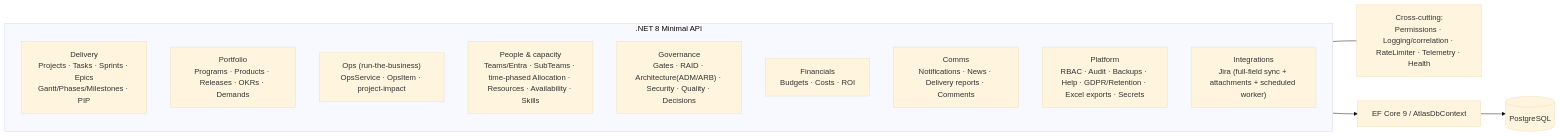
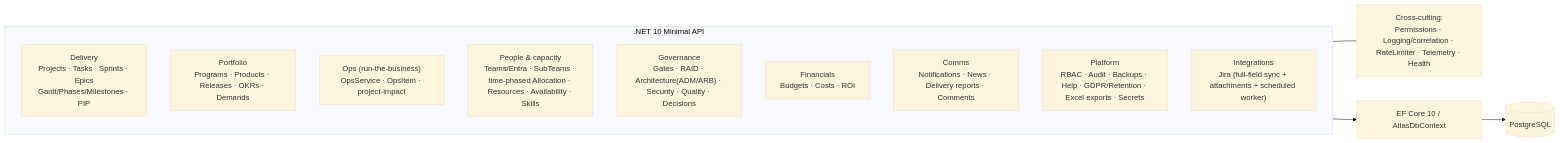
One commit to nicpozent/ATLASPPM_AdditionalFeatures changed the third of 8 diagrams in docs/architecture/hld.md. Above: the diagram before and after it, drawn with Mermaid (base theme). The commit also changed other lines of this file and 13 other files, not shown here.

````diff
--- a/docs/architecture/hld.md
+++ b/docs/architecture/hld.md
@@ -101,18 +101,18 @@
 ```mermaid
 flowchart LR
-  subgraph API[".NET 8 Minimal API"]
+  subgraph API[".NET 10 Minimal API"]
     direction TB
     delivery["Delivery\nProjects · Tasks · Sprints · Epics\nGantt/Phases/Milestones · PIP"]
     portfolio["Portfolio\nPrograms · Products · Releases · OKRs · Demands"]
     ops["Ops (run-the-business)\nOpsService · OpsItem · project-impact"]
     people["People & capacity\nTeams/Entra · SubTeams · time-phased Allocation · Resources · Availability · Skills"]
     govern["Governance\nGates · RAID · Architecture(ADM/ARB) · Security · Quality · Decisions"]
     finance["Financials\nBudgets · Costs · ROI"]
     comms["Comms\nNotifications · News · Delivery reports · Comments"]
     platform["Platform\nRBAC · Audit · Backups · Help · GDPR/Retention · Excel exports · Secrets"]
     integr["Integrations\nJira (full-field sync + attachments + scheduled worker)"]
   end
   xcut["Cross-cutting:\nPermissions · Logging/correlation · RateLimiter · Telemetry · Health"]
   API --- xcut
-  API --> EF["EF Core 9 / AtlasDbContext"] --> PG[("PostgreSQL")]
+  API --> EF["EF Core 10 / AtlasDbContext"] --> PG[("PostgreSQL")]
 ```
````
